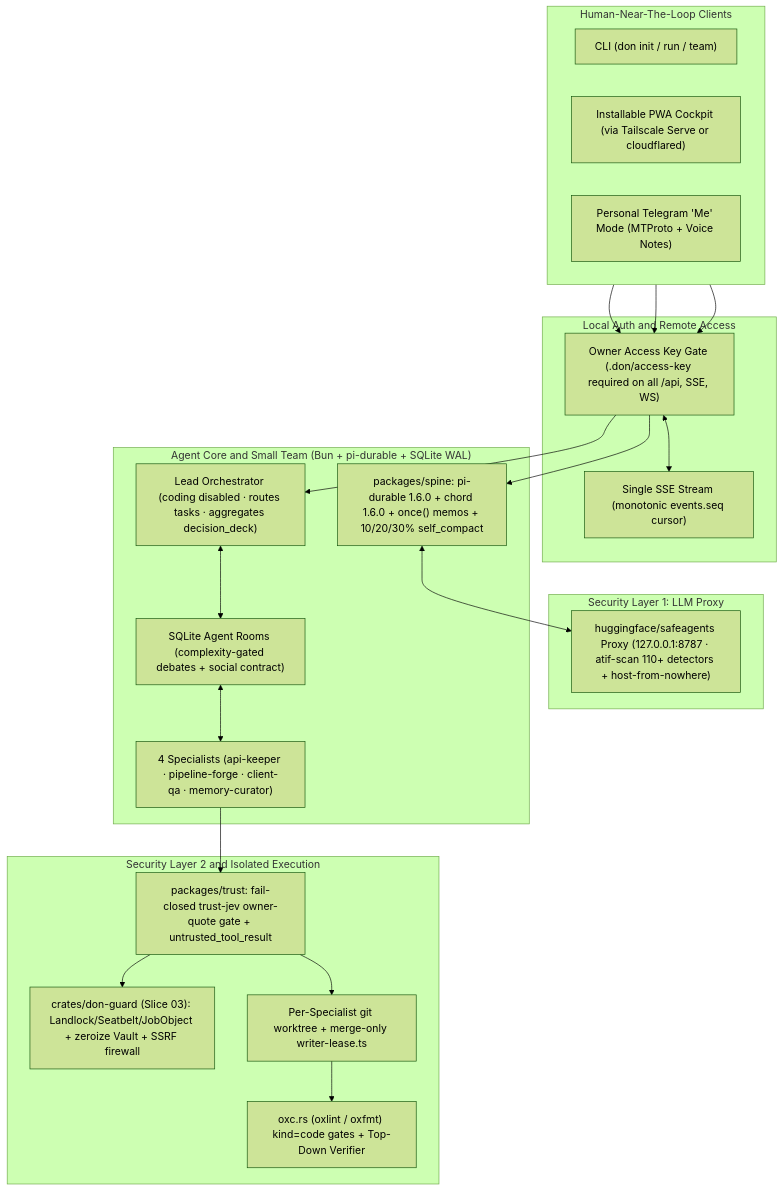
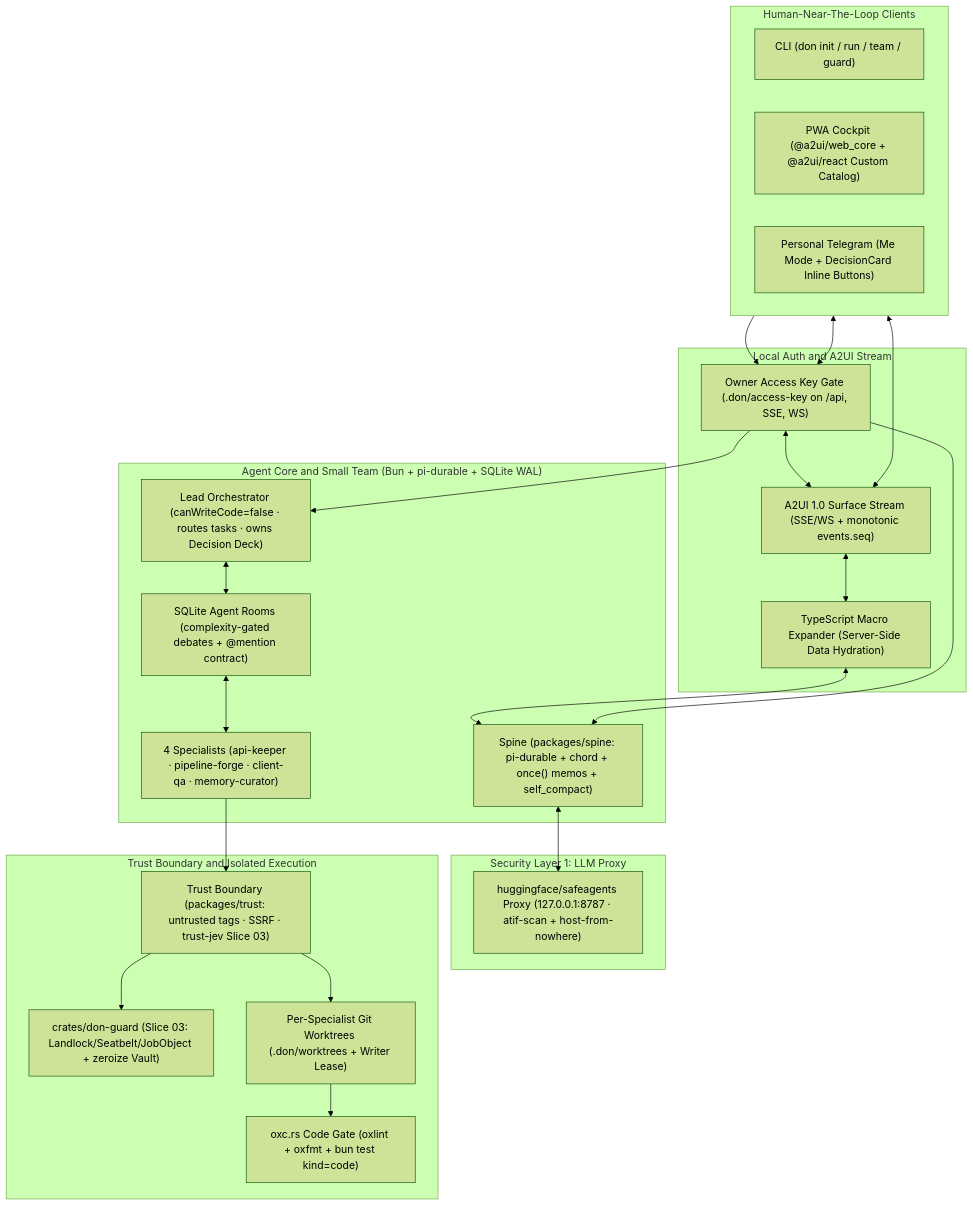
Before and after one commit to aegntic/don-bot: the diagram in SPEC.md, drawn with Mermaid (forest theme). The commit also changed other lines of this file and 1 other file, not shown here.

Commit message:
docs(spec): lock in A2UI 1.0 custom catalog and TS macros in ASD-STE100 SPEC.md

````diff
--- a/SPEC.md
+++ b/SPEC.md
@@ -32,41 +36,49 @@
 ```mermaid
 flowchart TD
   subgraph Clients["Human-Near-The-Loop Clients"]
     direction LR
-    CLI["CLI (don init / run / team)"]
-    PWA["Installable PWA Cockpit (via Tailscale Serve or cloudflared)"]
-    TG["Personal Telegram 'Me' Mode (MTProto + Voice Notes)"]
+    CLI["CLI (don init / run / team / guard)"]
+    PWA["PWA Cockpit (@a2ui/web_core + @a2ui/react Custom Catalog)"]
+    TG["Personal Telegram (Me Mode + DecisionCard Inline Buttons)"]
   end
 
-  subgraph EdgeAuth["Local Auth and Remote Access"]
-    AccessKey["Owner Access Key Gate (.don/access-key required on all /api, SSE, WS)"]
-    SSE["Single SSE Stream (monotonic events.seq cursor)"]
+  subgraph EdgeAuth["Local Auth and A2UI Stream"]
+    AccessKey["Owner Access Key Gate (.don/access-key on /api, SSE, WS)"]
+    A2UIStream["A2UI 1.0 Surface Stream (SSE/WS + monotonic events.seq)"]
+    MacroExpander["TypeScript Macro Expander (Server-Side Data Hydration)"]
   end
 
   subgraph LLMProxy["Security Layer 1: LLM Proxy"]
-    SafeAgents["huggingface/safeagents Proxy (127.0.0.1:8787 · atif-scan 110+ detectors + host-from-nowhere)"]
+    SafeAgents["huggingface/safeagents Proxy (127.0.0.1:8787 · atif-scan + host-from-nowhere)"]
   end
 
   subgraph Core["Agent Core and Small Team (Bun + pi-durable + SQLite WAL)"]
-    Spine["packages/spine: pi-durable 1.6.0 + chord 1.6.0 + once() memos + 10/20/30% self_compact"]
-    Lead["Lead Orchestrator (coding disabled · routes tasks · aggregates decision_deck)"]
-    Rooms["SQLite Agent Rooms (complexity-gated debates + social contract)"]
+    Spine["Spine (packages/spine: pi-durable + chord + once() memos + self_compact)"]
+    Lead["Lead Orchestrator (canWriteCode=false · routes tasks · owns Decision Deck)"]
+    Rooms["SQLite Agent Rooms (complexity-gated debates + @mention contract)"]
     Specialists["4 Specialists (api-keeper · pipeline-forge · client-qa · memory-curator)"]
   end
 
-  subgraph GuardAndExec["Security Layer 2 and Isolated Execution"]
-    TrustJev["packages/trust: fail-closed trust-jev owner-quote gate + untrusted_tool_result"]
-    RustGuard["crates/don-guard (Slice 03): Landlock/Seatbelt/JobObject + zeroize Vault + SSRF firewall"]
-    Worktrees["Per-Specialist git worktree + merge-only writer-lease.ts"]
-    OxcGate["oxc.rs (oxlint / oxfmt) kind=code gates + Top-Down Verifier"]
+  subgraph GuardAndExec["Trust Boundary and Isolated Execution"]
+    Trust["Trust Boundary (packages/trust: untrusted tags · SSRF · trust-jev Slice 03)"]
+    RustGuard["crates/don-guard (Slice 03: Landlock/Seatbelt/JobObject + zeroize Vault)"]
+    Worktrees["Per-Specialist Git Worktrees (.don/worktrees + Writer Lease)"]
+    OxcGate["oxc.rs Code Gate (oxlint + oxfmt + bun test kind=code)"]
   end
 
-  CLI & PWA & TG --> AccessKey
-  AccessKey <--> SSE
-  AccessKey --> Lead & Spine
+  CLI --> AccessKey
+  PWA <--> A2UIStream
+  TG <--> AccessKey
+  AccessKey <--> A2UIStream
+  A2UIStream <--> MacroExpander
+  MacroExpander <--> Spine
+  AccessKey --> Lead
+  AccessKey --> Spine
   Spine <--> SafeAgents
-  Lead <--> Rooms <--> Specialists
-  Specialists --> TrustJev
-  TrustJev --> RustGuard & Worktrees
+  Lead <--> Rooms
+  Rooms <--> Specialists
+  Specialists --> Trust
+  Trust --> RustGuard
+  Trust --> Worktrees
   Worktrees --> OxcGate
 ```
````
